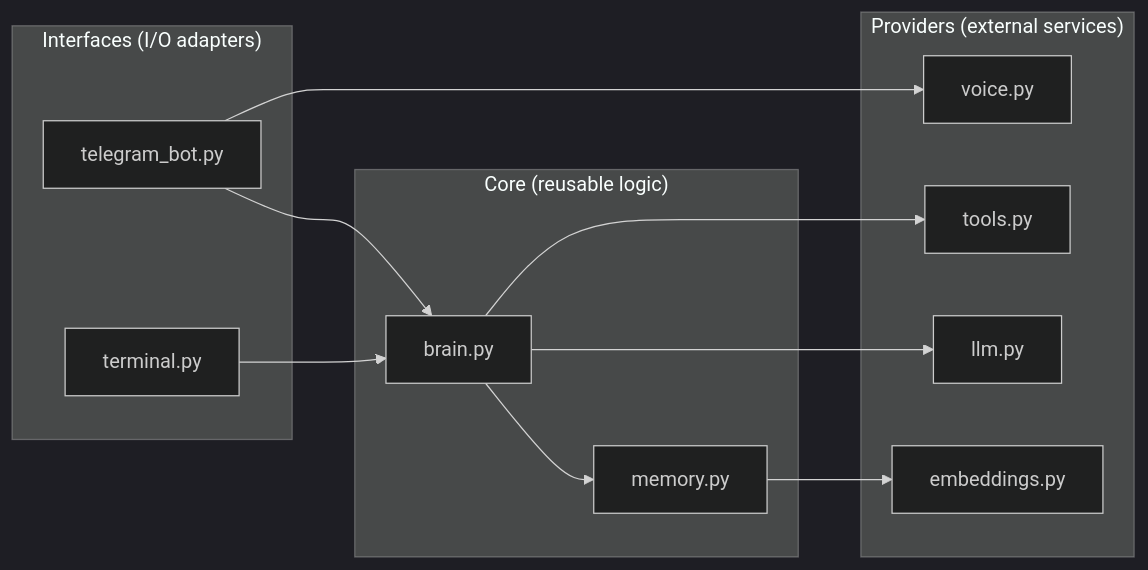
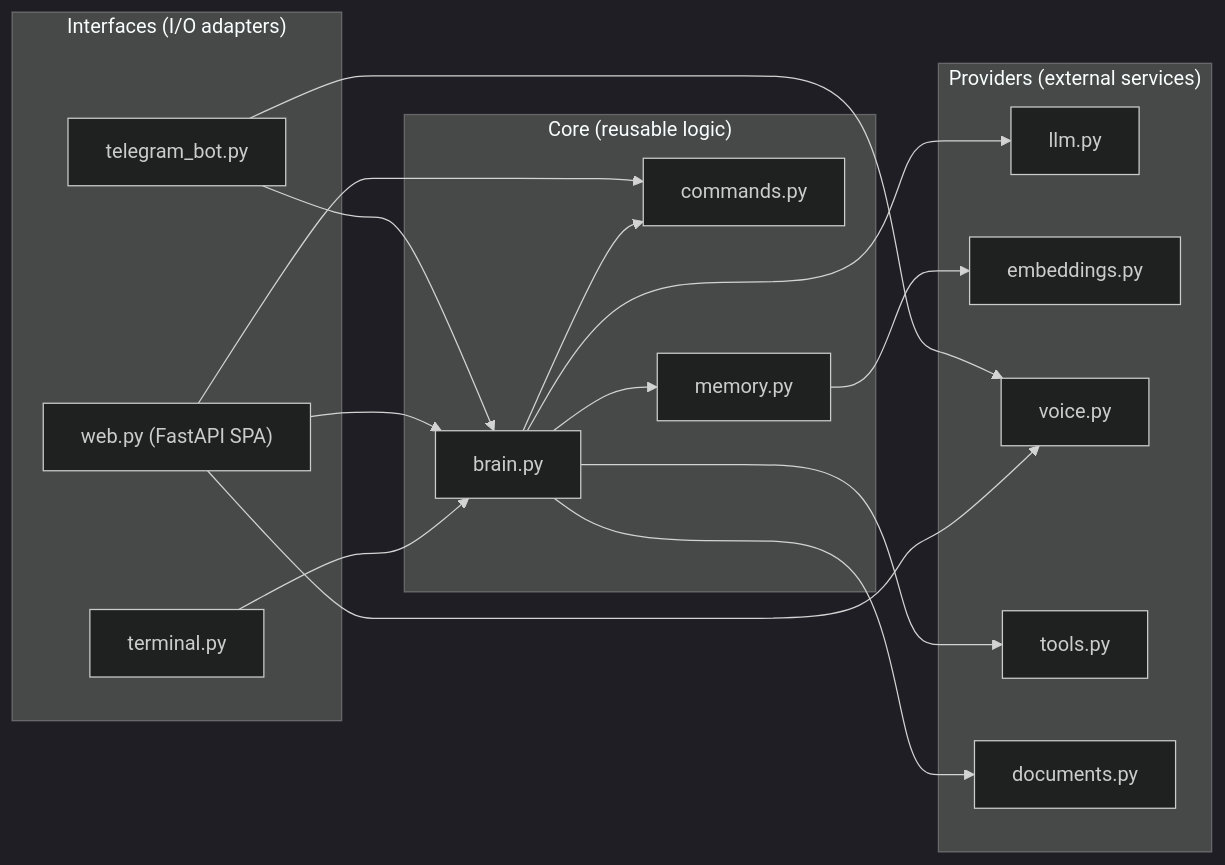
The first of 4 diagrams in docs/architecture.md (Ryanditko/E.V), drawn with Mermaid (dark theme) before and after one commit. The commit also changed other lines of this file and 4 other files, not shown here.

````diff
--- a/docs/architecture.md
+++ b/docs/architecture.md
@@ -14,24 +14,32 @@
 ```mermaid
 flowchart LR
     subgraph OUT["Interfaces (I/O adapters)"]
         TG["telegram_bot.py"]
+        WEB["web.py (FastAPI SPA)"]
         TE["terminal.py"]
     end
     subgraph CORE["Core (reusable logic)"]
         B["brain.py"]
+        CM["commands.py"]
         M["memory.py"]
     end
     subgraph PROV["Providers (external services)"]
         L["llm.py"]
         E["embeddings.py"]
         V["voice.py"]
         T["tools.py"]
+        D["documents.py"]
     end
     TG --> B
+    WEB --> B
+    WEB --> CM
     TE --> B
+    B --> CM
     B --> M
     B --> L
     B --> T
+    B --> D
     M --> E
     TG --> V
+    WEB --> V
 ```
````
